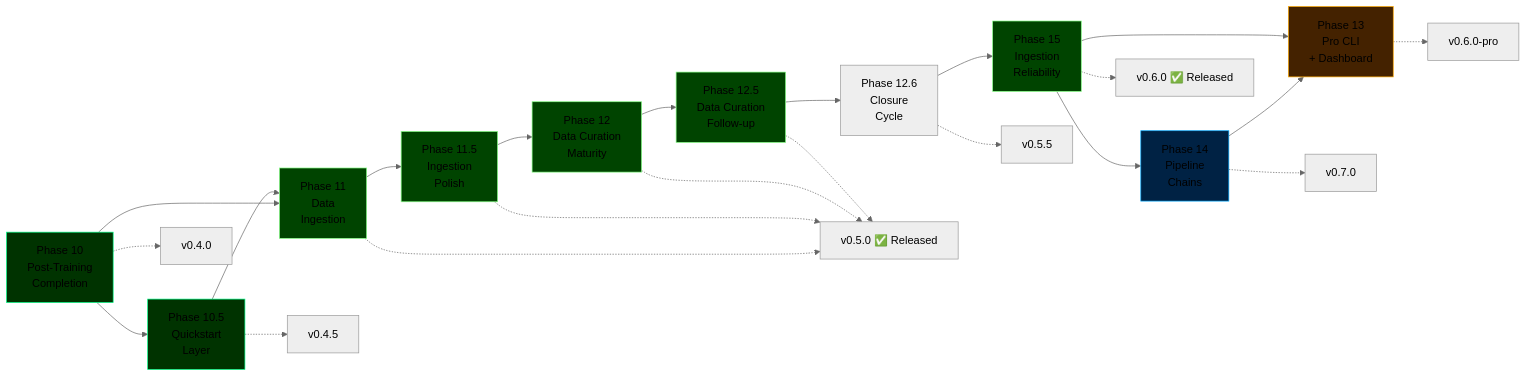
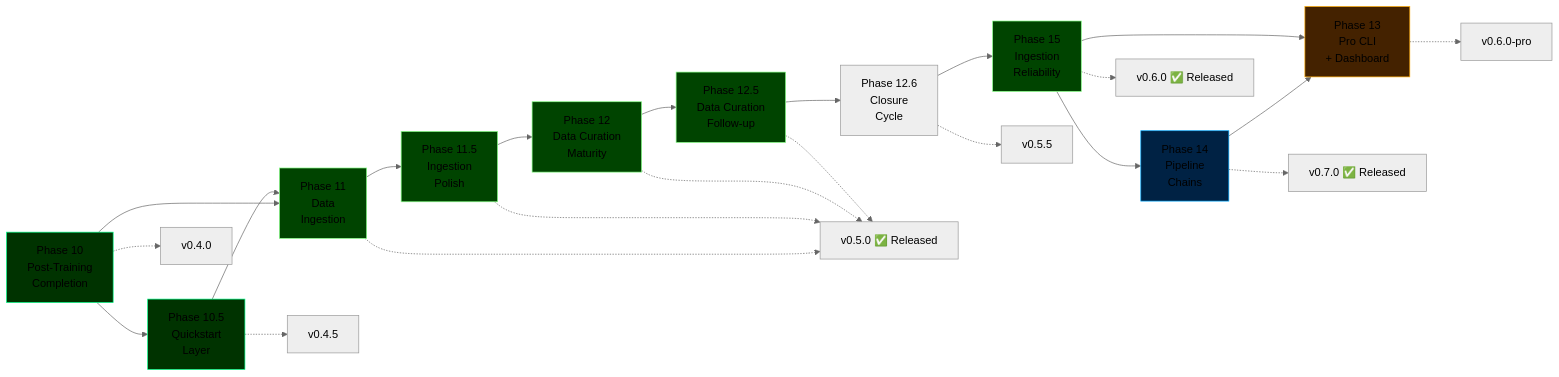
The diagram in docs/roadmap.md (cemililik/ForgeLM), drawn with Mermaid (neutral theme) before and after one commit. The commit also changed other lines of this file and 3 other files, not shown here.

````diff
--- a/docs/roadmap.md
+++ b/docs/roadmap.md
@@ -45,35 +47,35 @@
 ```mermaid
 graph LR
     P10[Phase 10<br/>Post-Training<br/>Completion] --> P105[Phase 10.5<br/>Quickstart<br/>Layer]
     P10 --> P11[Phase 11<br/>Data<br/>Ingestion]
     P105 --> P11
     P11 --> P115[Phase 11.5<br/>Ingestion<br/>Polish]
     P115 --> P12[Phase 12<br/>Data Curation<br/>Maturity]
     P12 --> P125[Phase 12.5<br/>Data Curation<br/>Follow-up]
     P125 --> P126[Phase 12.6<br/>Closure<br/>Cycle]
     P126 --> P15[Phase 15<br/>Ingestion<br/>Reliability]
     P15 --> P14[Phase 14<br/>Pipeline<br/>Chains]
     P14 --> P13[Phase 13<br/>Pro CLI<br/>+ Dashboard]
     P15 --> P13
 
     P10 -.-> V1[v0.4.0]
     P105 -.-> V15[v0.4.5]
     P11 -.-> V2[v0.5.0 ✅ Released]
     P115 -.-> V2
     P12 -.-> V2
     P125 -.-> V2
     P126 -.-> V25[v0.5.5]
     P15 -.-> V23[v0.6.0 ✅ Released]
-    P14 -.-> V27[v0.7.0]
+    P14 -.-> V27[v0.7.0 ✅ Released]
     P13 -.-> V3[v0.6.0-pro]
 
     style P10 fill:#003300,stroke:#00ff88
     style P105 fill:#003300,stroke:#00ff88
     style P11 fill:#004400,stroke:#88ff88
     style P115 fill:#004400,stroke:#88ff88
     style P12 fill:#004400,stroke:#88ff88
     style P125 fill:#004400,stroke:#88ff88
     style P15 fill:#004400,stroke:#88ff88
     style P14 fill:#002244,stroke:#00aaff
     style P13 fill:#442200,stroke:#ffaa00
 ```
````
